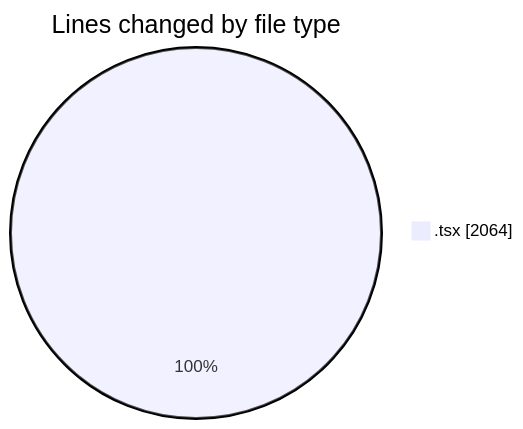
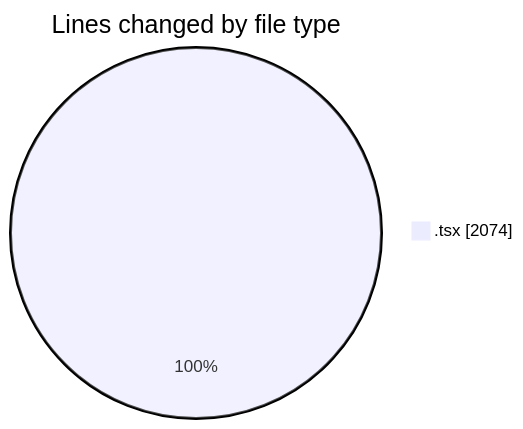
Before and after one commit to nxtqubesakshisongat/code-tracking: the first of 2 diagrams in 2026-06-10/nxtqube_webapp/README.md, drawn with Mermaid. The commit also changed other lines of this file and 1 other file, not shown here.

````diff
--- a/2026-06-10/nxtqube_webapp/README.md
+++ b/2026-06-10/nxtqube_webapp/README.md
@@ -21,5 +21,5 @@
 ```mermaid
 pie showData
 title Lines changed by file type
-".tsx" : 2064
+".tsx" : 2074
 ```
````
